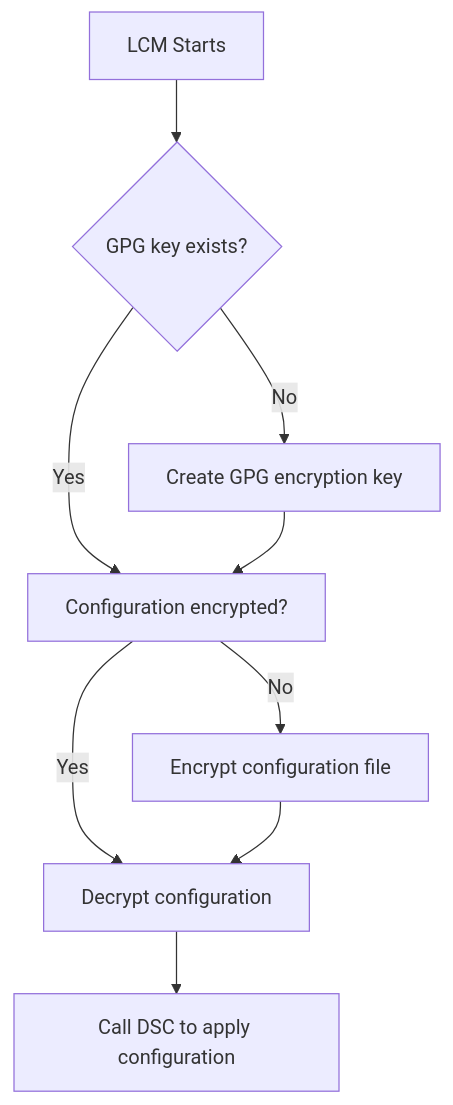
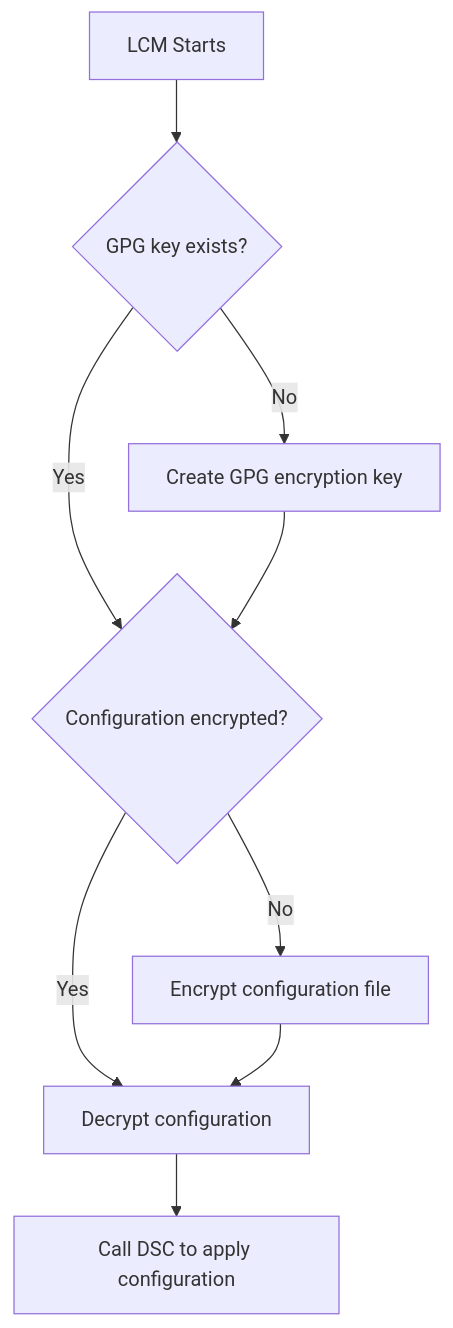
One commit to opendsc/opendsc changed the first of 3 diagrams in README.md. Above: the diagram before and after it, drawn with Mermaid.

Commit message:
Fix flow diagram symbol

````diff
--- a/README.md
+++ b/README.md
@@ -23,11 +23,11 @@
 ```mermaid
 flowchart TD
     A[LCM Starts] --> B{GPG key exists?}
-    B -->|Yes| C[Configuration encrypted?]
+    B -->|Yes| C{Configuration encrypted?}
     B -->|No| D[Create GPG encryption key]
     D --> C
     C -->|Yes| E[Decrypt configuration]
     C -->|No| F[Encrypt configuration file]
     F --> E
     E --> G[Call DSC to apply configuration]
 ```
````
